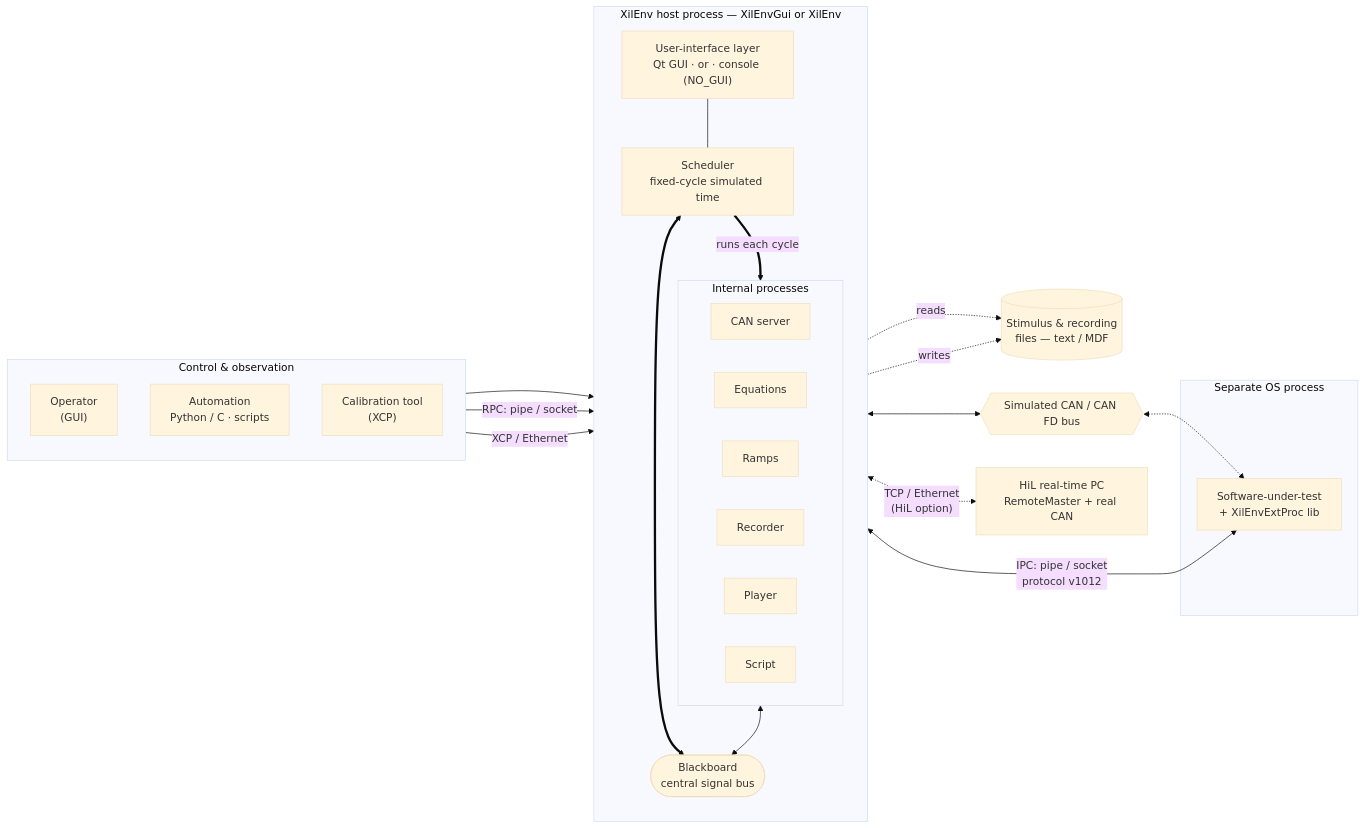
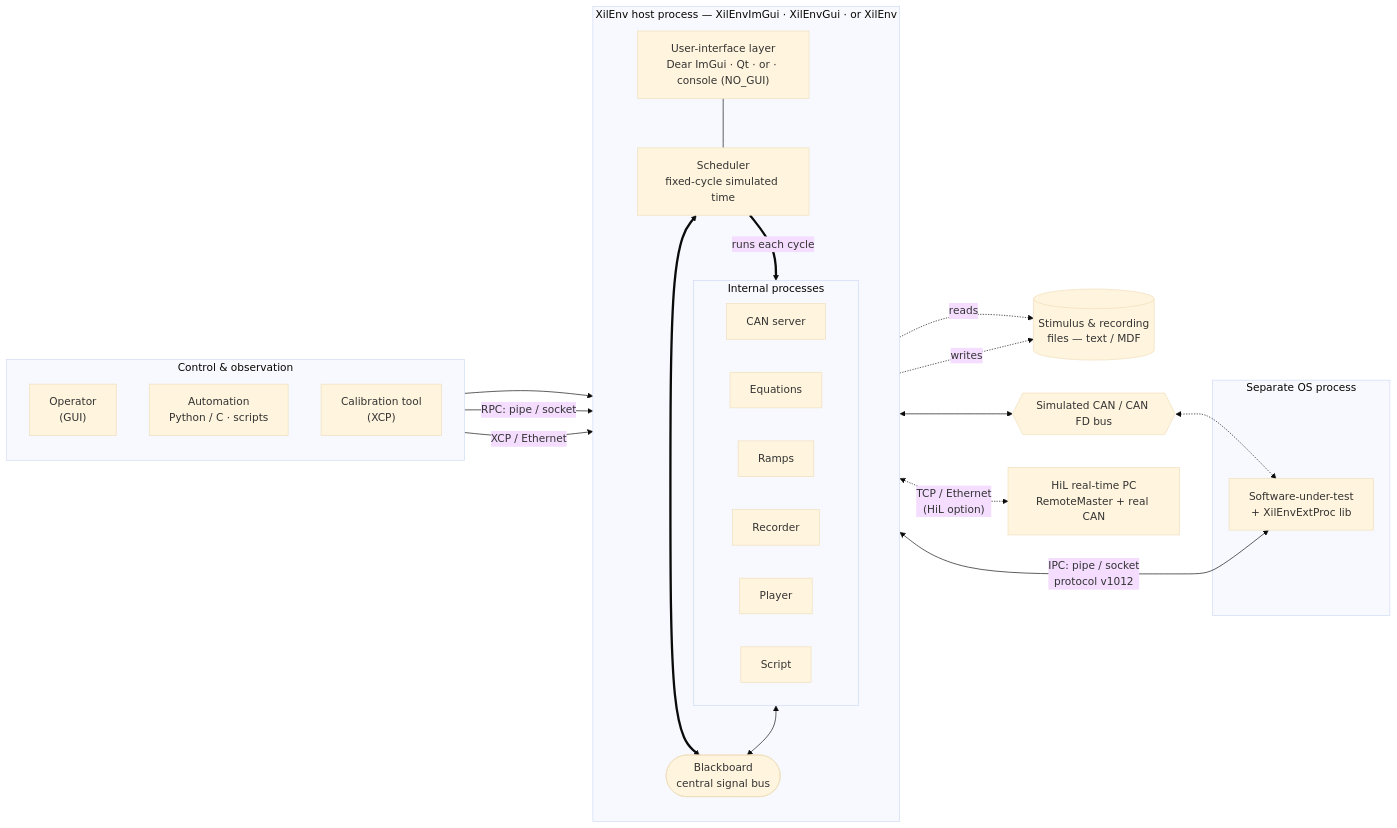
One commit to mkiepfer/openxilenv changed the first of 4 diagrams in docs/ARCHITECTURE.md. Above: the diagram before and after it, drawn with Mermaid (base theme). The commit also changed other lines of this file and 4 other files, not shown here.

First line of the commit message:
docs: reflect three-front-end architecture (XilEnvImGui, xilenv_core, TOML)

````diff
--- a/docs/ARCHITECTURE.md
+++ b/docs/ARCHITECTURE.md
@@ -54,47 +72,47 @@
 ```mermaid
 flowchart LR
     subgraph OUT["Control &amp; observation"]
         direction TB
         OP["Operator<br/>(GUI)"]
         AUT["Automation<br/>Python / C · scripts"]
         CAL["Calibration tool<br/>(XCP)"]
     end
 
-    subgraph HOST["XilEnv host process — XilEnvGui or XilEnv"]
+    subgraph HOST["XilEnv host process — XilEnvImGui · XilEnvGui · or XilEnv"]
         direction TB
-        UI["User-interface layer<br/>Qt GUI · or · console (NO_GUI)"]
+        UI["User-interface layer<br/>Dear ImGui · Qt · or · console (NO_GUI)"]
         SCHED["Scheduler<br/>fixed-cycle simulated time"]
         BB(["Blackboard<br/>central signal bus"])
         subgraph INT["Internal processes"]
             direction LR
             CANS["CAN server"]
             EQU["Equations"]
             RAMP["Ramps"]
             REC["Recorder"]
             PLAY["Player"]
             SCR["Script"]
         end
         UI --- SCHED
         SCHED ==>|"runs each cycle"| INT
         SCHED <==> BB
         INT <--> BB
     end
 
     subgraph SUT["Separate OS process"]
         EXT["Software-under-test<br/>+ XilEnvExtProc lib"]
     end
 
     FILES[("Stimulus &amp; recording<br/>files — text / MDF")]
     CANBUS{{"Simulated CAN / CAN FD bus"}}
     HIL["HiL real-time PC<br/>RemoteMaster + real CAN"]
 
     OP --> UI
     AUT -->|"RPC: pipe / socket"| SCHED
     CAL -->|"XCP / Ethernet"| BB
     BB <-->|"IPC: pipe / socket<br/>protocol v1012"| EXT
     CANS <--> CANBUS
     CANBUS <-.-> EXT
     PLAY -.reads.-> FILES
     REC -.writes.-> FILES
     SCHED <-.->|"TCP / Ethernet<br/>(HiL option)"| HIL
 ```
````
